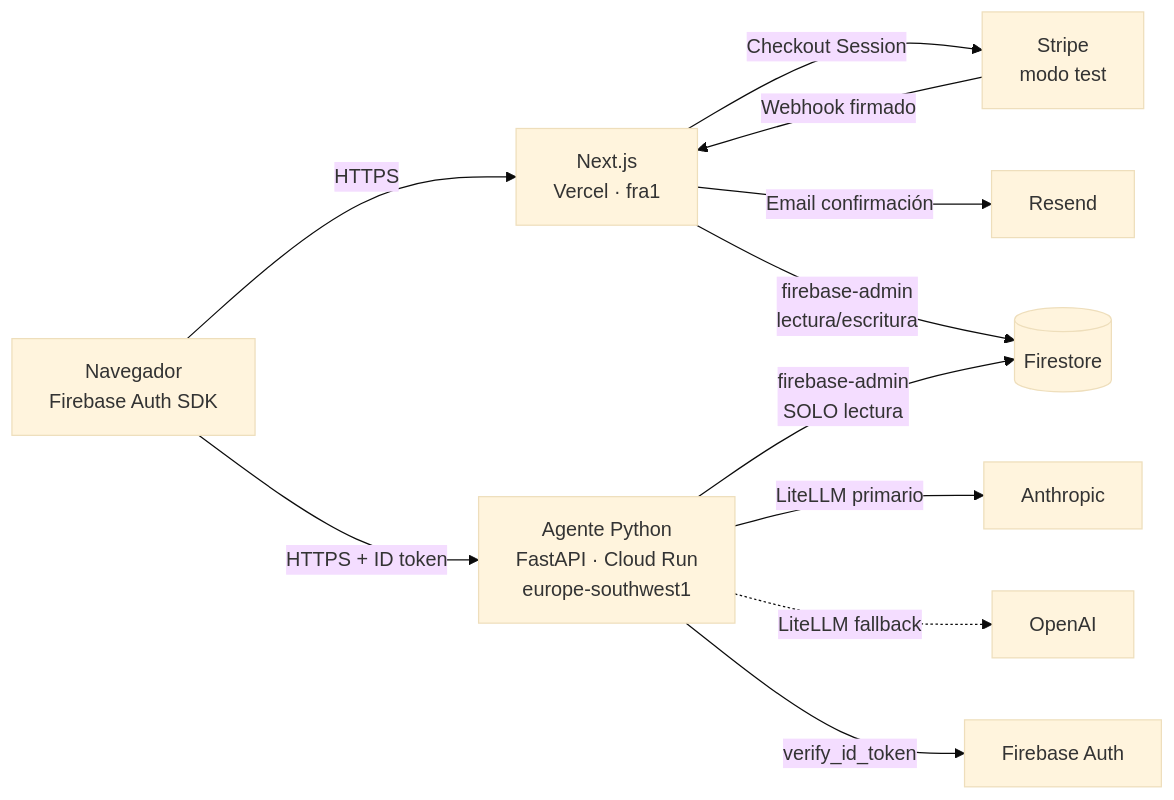
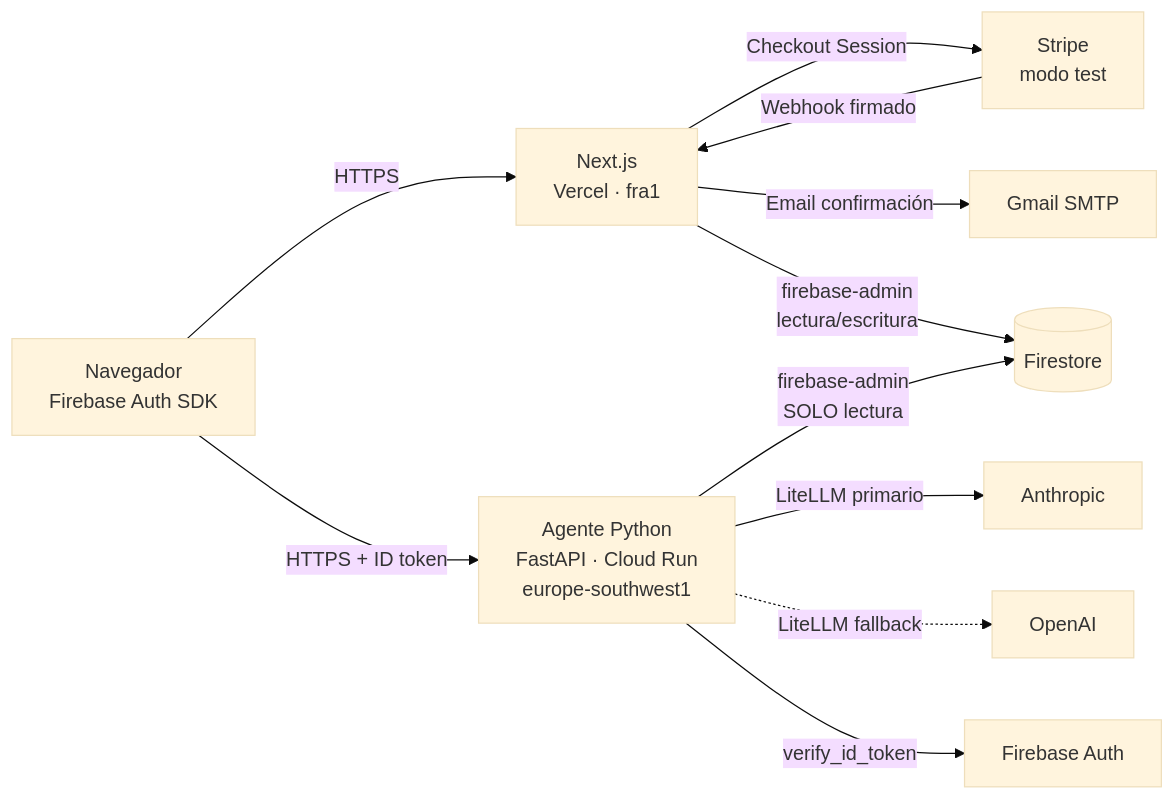
The first of 3 diagrams in ARQUITECTURA.md (mendokar/clearpoint-ai), drawn with Mermaid (base theme) before and after one commit. The commit also changed other lines of this file and 2 other files, not shown here.

Commit message:
docs: Firebase, Stripe, asistente en Cloud Run, Gmail y accesos de demo

````diff
--- a/ARQUITECTURA.md
+++ b/ARQUITECTURA.md
@@ -22,15 +22,15 @@
 ```mermaid
 flowchart LR
     U[Navegador<br/>Firebase Auth SDK] -->|HTTPS| W[Next.js<br/>Vercel · fra1]
     U -->|HTTPS + ID token| A[Agente Python<br/>FastAPI · Cloud Run<br/>europe-southwest1]
 
     W -->|Checkout Session| S[Stripe<br/>modo test]
     S -->|Webhook firmado| W
-    W -->|Email confirmación| R[Resend]
+    W -->|Email confirmación| R[Gmail SMTP]
     W -->|firebase-admin<br/>lectura/escritura| F[(Firestore)]
 
     A -->|firebase-admin<br/>SOLO lectura| F
     A -->|LiteLLM primario| AN[Anthropic]
     A -.->|LiteLLM fallback| OA[OpenAI]
     A -->|verify_id_token| FA[Firebase Auth]
 ```
````
